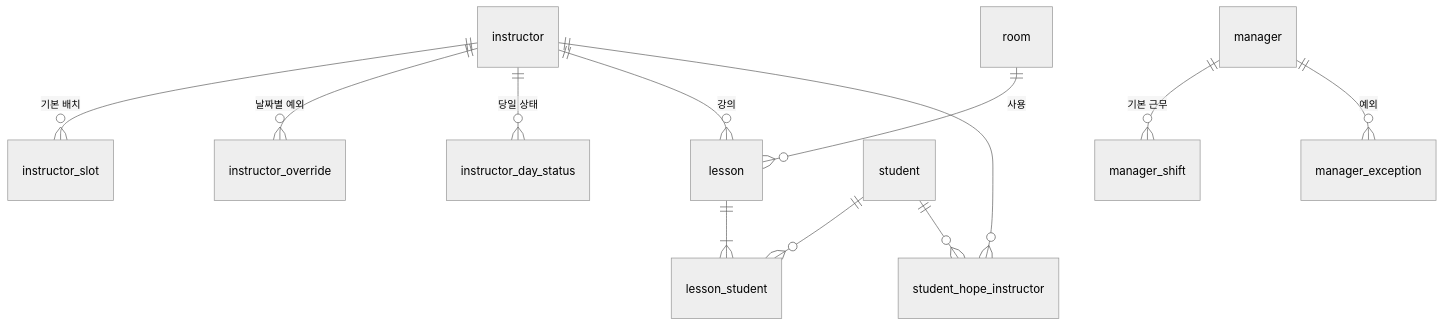
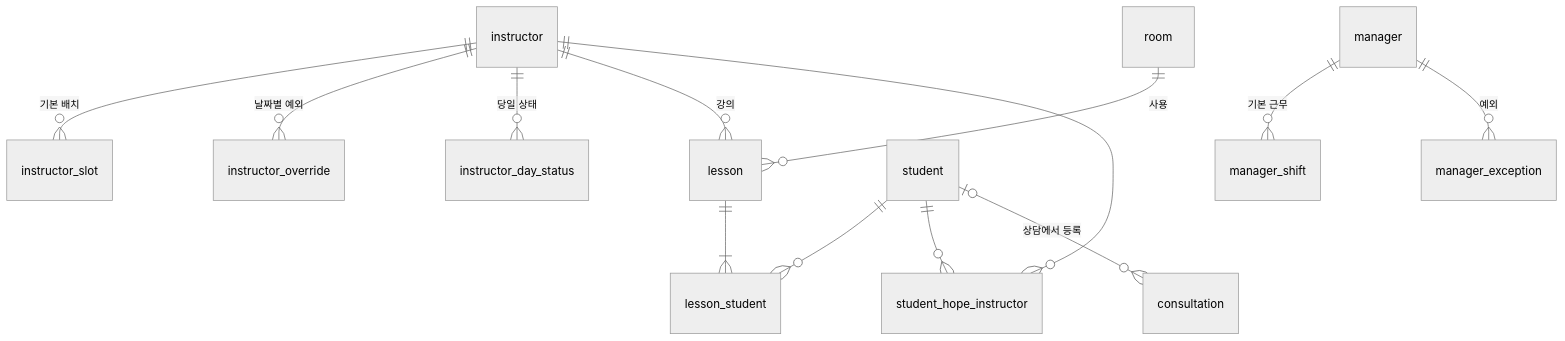
Before and after one commit to KimJinA0120/student-app: the diagram in docs/schema.md, drawn with Mermaid (neutral theme). The commit also changed other lines of this file and 37 other files, not shown here.

````diff
--- a/docs/schema.md
+++ b/docs/schema.md
@@ -25,14 +25,15 @@
 ```mermaid
 erDiagram
     instructor ||--o{ instructor_slot : "기본 배치"
     instructor ||--o{ instructor_override : "날짜별 예외"
     instructor ||--o{ instructor_day_status : "당일 상태"
     instructor ||--o{ lesson : "강의"
     room ||--o{ lesson : "사용"
     lesson ||--|{ lesson_student : ""
     student ||--o{ lesson_student : ""
     student ||--o{ student_hope_instructor : ""
     instructor ||--o{ student_hope_instructor : ""
     manager ||--o{ manager_shift : "기본 근무"
     manager ||--o{ manager_exception : "예외"
+    student |o--o{ consultation : "상담에서 등록"
 ```
````
